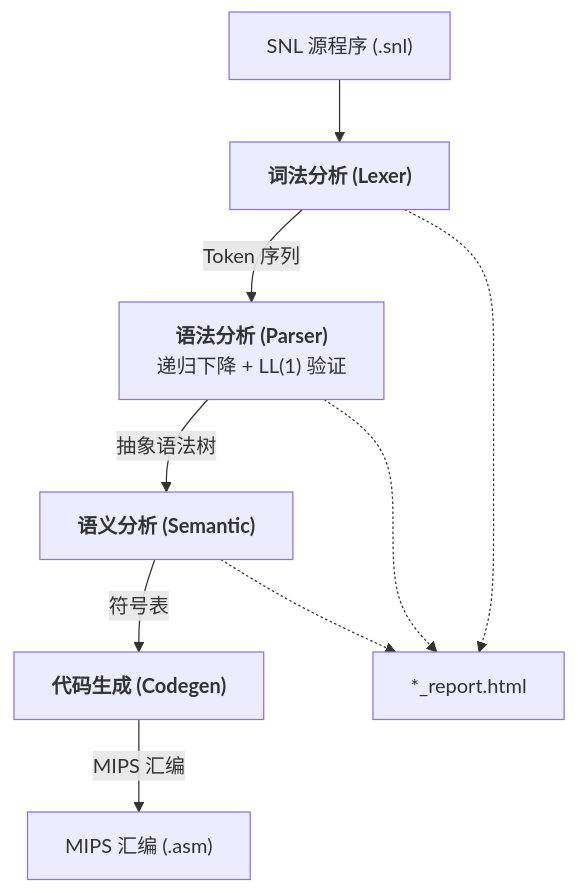
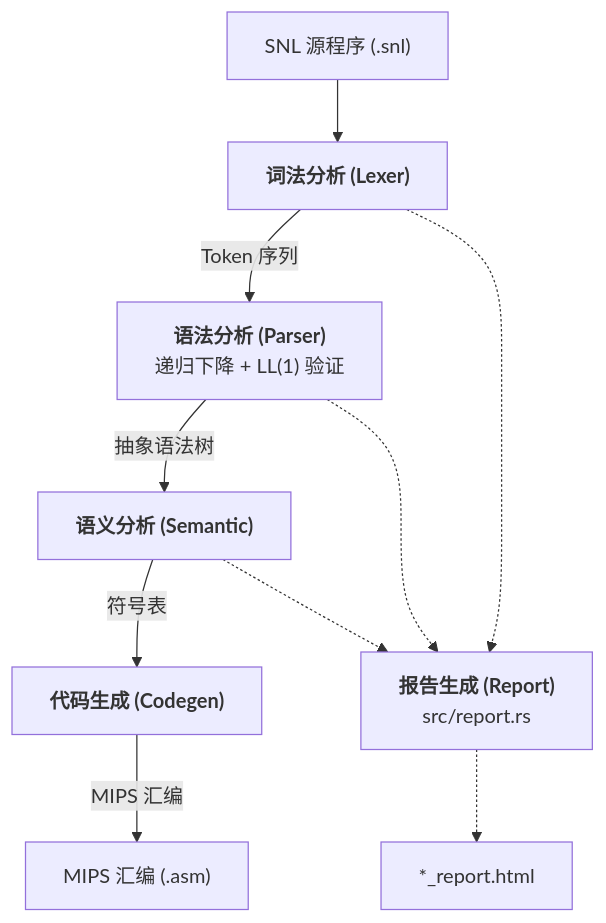
Before and after one commit to ExTNT/snl_compiler: the first of 8 diagrams in doc/PROGRAM_FLOW.md, drawn with Mermaid. The commit also changed other lines of this file and 6 other files, not shown here.

Commit message:
Extract HTML report generation into dedicated `src/report.rs` module

````diff
--- a/doc/PROGRAM_FLOW.md
+++ b/doc/PROGRAM_FLOW.md
@@ -7,21 +7,23 @@
 ```mermaid
 flowchart TD
     SRC["SNL 源程序 (.snl)"]
     LEX["<b>词法分析 (Lexer)</b>"]
     PARSE["<b>语法分析 (Parser)</b><br/>递归下降 + LL(1) 验证"]
     SEM["<b>语义分析 (Semantic)</b>"]
     CG["<b>代码生成 (Codegen)</b>"]
+    RENDER["<b>报告生成 (Report)</b><br/>src/report.rs"]
 
     REPORT["*_report.html"]
     ASM["MIPS 汇编 (.asm)"]
 
     SRC --> LEX
     LEX -->|"Token 序列"| PARSE
     PARSE -->|"抽象语法树"| SEM
     SEM -->|"符号表"| CG
     CG -->|"MIPS 汇编"| ASM
 
-    LEX -.-> REPORT
-    PARSE -.-> REPORT
-    SEM -.-> REPORT
+    LEX -.-> RENDER
+    PARSE -.-> RENDER
+    SEM -.-> RENDER
+    RENDER -.-> REPORT
 ```
````
